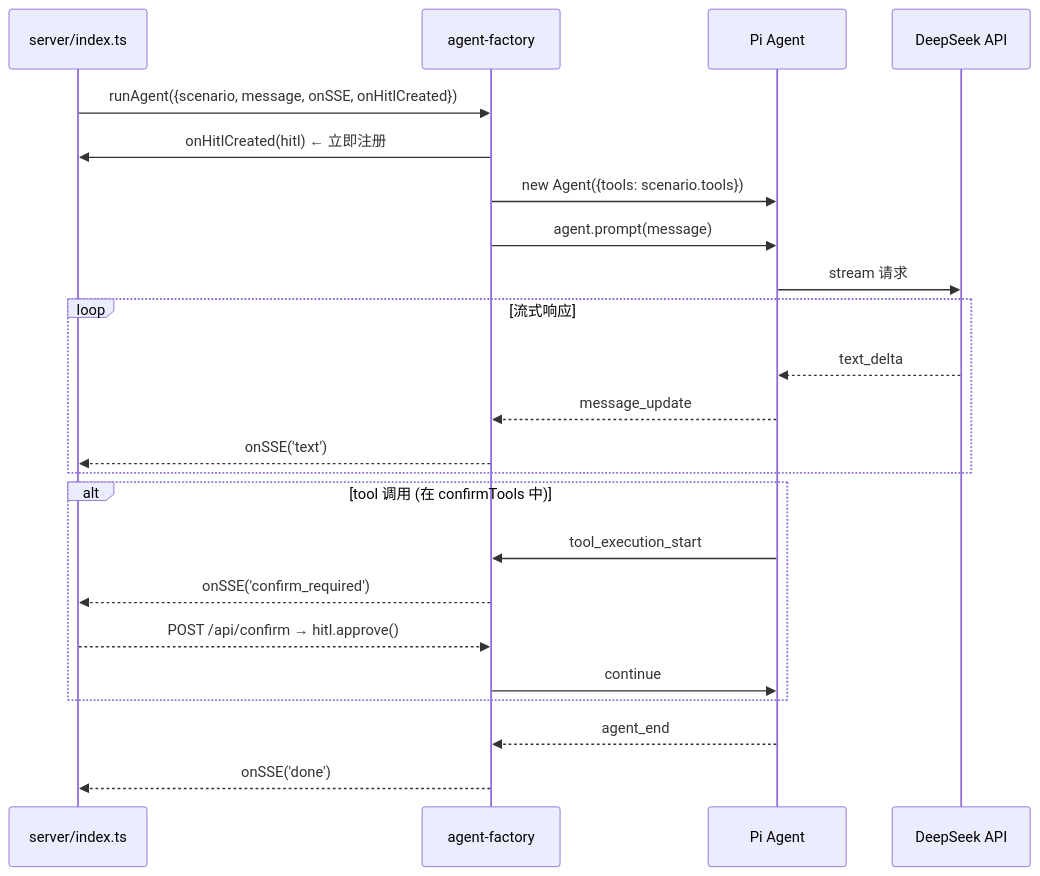
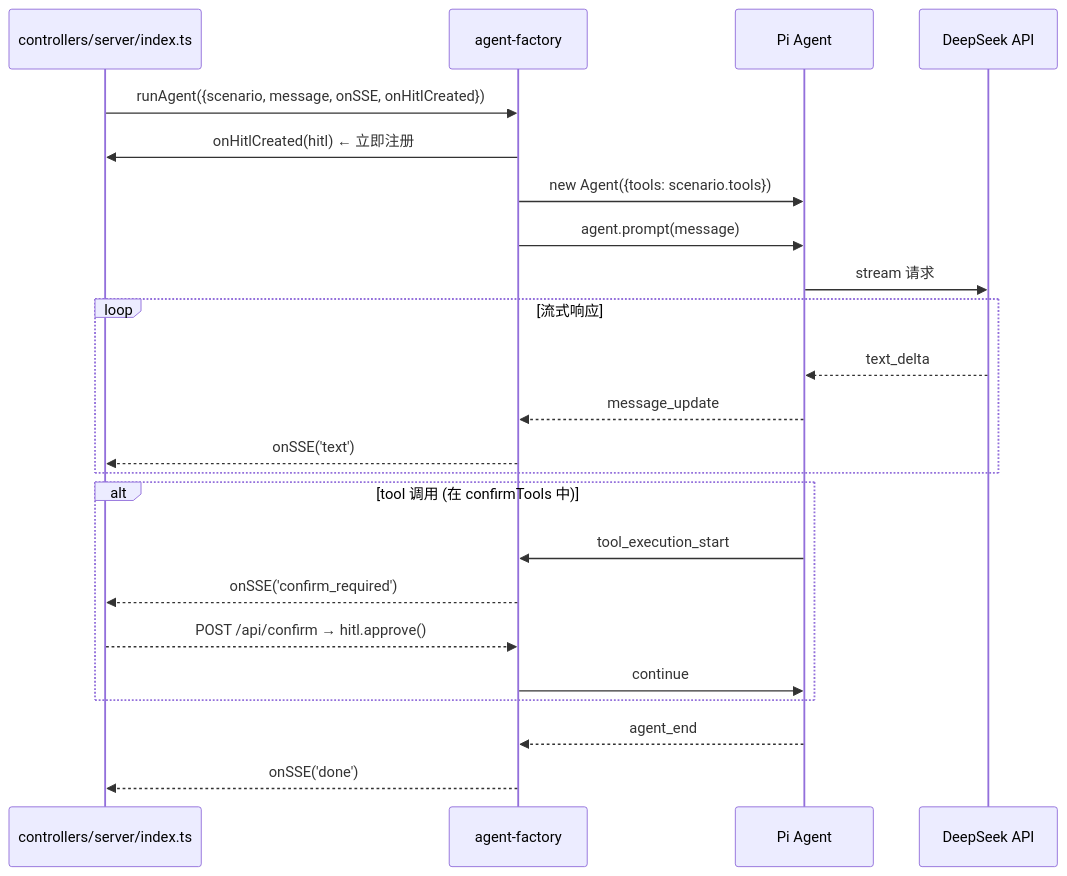
Before and after one commit to yjzaaa/leave-approval-agent: the second of 4 diagrams in src/agent/CLAUDE.md, drawn with Mermaid. The commit also changed other lines of this file and 126 other files, not shown here.

First line of the commit message:
refactor: MVC 全栈重组 — client/server/domain/scenarios → views/controllers/models

````diff
--- a/src/agent/CLAUDE.md
+++ b/src/agent/CLAUDE.md
@@ -68,29 +68,29 @@
 ```mermaid
 sequenceDiagram
-    participant Server as server/index.ts
+    participant Server as controllers/server/index.ts
     participant Factory as agent-factory
     participant Agent as Pi Agent
     participant API as DeepSeek API
 
     Server->>Factory: runAgent({scenario, message, onSSE, onHitlCreated})
     Factory->>Server: onHitlCreated(hitl) ← 立即注册
     Factory->>Agent: new Agent({tools: scenario.tools})
     Factory->>Agent: agent.prompt(message)
     Agent->>API: stream 请求
 
     loop 流式响应
         API-->>Agent: text_delta
         Agent-->>Factory: message_update
         Factory-->>Server: onSSE('text')
     end
 
     alt tool 调用 (在 confirmTools 中)
         Agent->>Factory: tool_execution_start
         Factory-->>Server: onSSE('confirm_required')
         Server-->>Factory: POST /api/confirm → hitl.approve()
         Factory->>Agent: continue
     end
 
     Agent-->>Factory: agent_end
     Factory-->>Server: onSSE('done')
 ```
````
